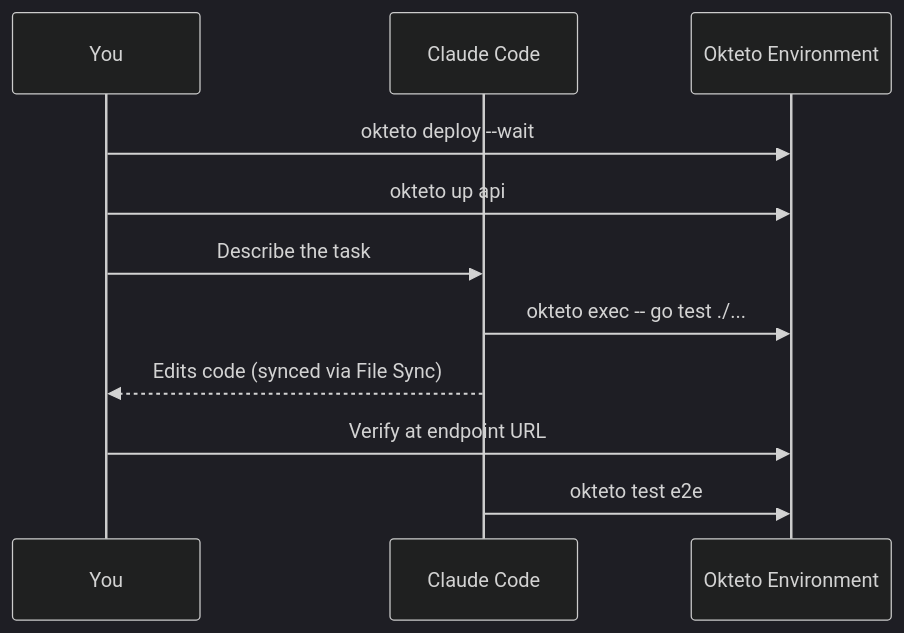
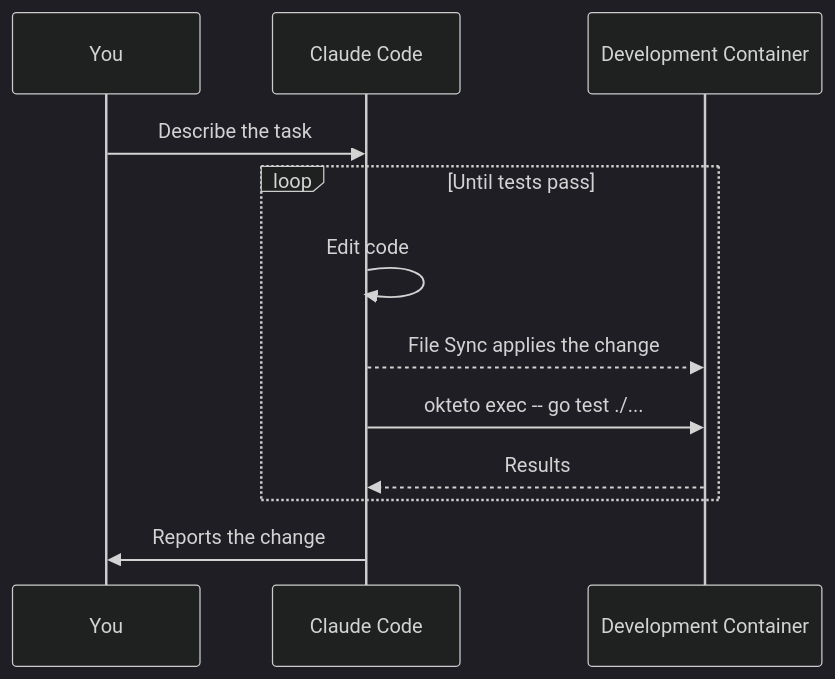
One commit to okteto/docs changed the diagram in src/tutorials/agentic-development.mdx. Above: the diagram before and after it, drawn with Mermaid (dark theme). The commit also changed other lines of this file, not shown here.

First line of the commit message:
docs(tutorial): fix dev workflow and simplify sequence diagram

````diff
--- a/src/tutorials/agentic-development.mdx
+++ b/src/tutorials/agentic-development.mdx
@@ -17,14 +147,15 @@
 ```mermaid
 sequenceDiagram
     participant Dev as You
     participant Agent as Claude Code
-    participant Env as Okteto Environment
+    participant Env as Development Container
 
-    Dev->>Env: okteto deploy --wait
-    Dev->>Env: okteto up api
     Dev->>Agent: Describe the task
-    Agent->>Env: okteto exec -- go test ./...
-    Agent-->>Dev: Edits code (synced via File Sync)
-    Dev->>Env: Verify at endpoint URL
-    Agent->>Env: okteto test e2e
+    loop Until tests pass
+        Agent->>Agent: Edit code
+        Agent-->>Env: File Sync applies the change
+        Agent->>Env: okteto exec -- go test ./...
+        Env-->>Agent: Results
+    end
+    Agent->>Dev: Reports the change
 ```
````
